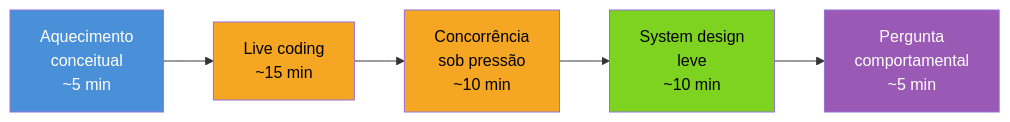
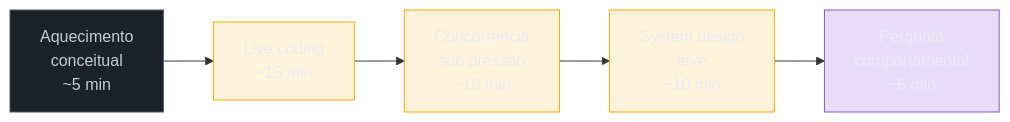
One commit to josenaldo/codex-technomanticus changed the first of 2 diagrams in 03-Dominios/Tecnologia/Go/21 - Preparação para entrevista de Go/07 - Simulado comentado.md. Above: the diagram before and after it, drawn with Mermaid. The commit also changed 1181 other files, not shown here.

First line of the commit message:
fix(diagramas): paleta do sistema no lugar de cor cravada no markdown

````diff
--- a/03-Dominios/Tecnologia/Go/21 - Preparação para entrevista de Go/07 - Simulado comentado.md
+++ b/03-Dominios/Tecnologia/Go/21 - Preparação para entrevista de Go/07 - Simulado comentado.md
@@ -32,13 +32,16 @@
 ```mermaid
 flowchart LR
+    classDef neutro fill:#1B2029,stroke:#4E5666,color:#C6CCD8
+    classDef destaque fill:#FFAA0024,stroke:#FFAA00,color:#E9ECF2
+    classDef marca fill:#8855DF33,stroke:#8855DF,color:#E9ECF2
     A["Aquecimento\nconceitual\n~5 min"] --> B["Live coding\n~15 min"]
     B --> C["Concorrência\nsob pressão\n~10 min"]
     C --> D["System design\nleve\n~10 min"]
     D --> E["Pergunta\ncomportamental\n~5 min"]
 
-    style A fill:#4A90D9,color:#fff
-    style B fill:#F5A623,color:#000
-    style C fill:#F5A623,color:#000
-    style D fill:#7ED321,color:#000
-    style E fill:#9B59B6,color:#fff
+    class A neutro
+    class B destaque
+    class C destaque
+    class D destaque
+    class E marca
 ```
````
